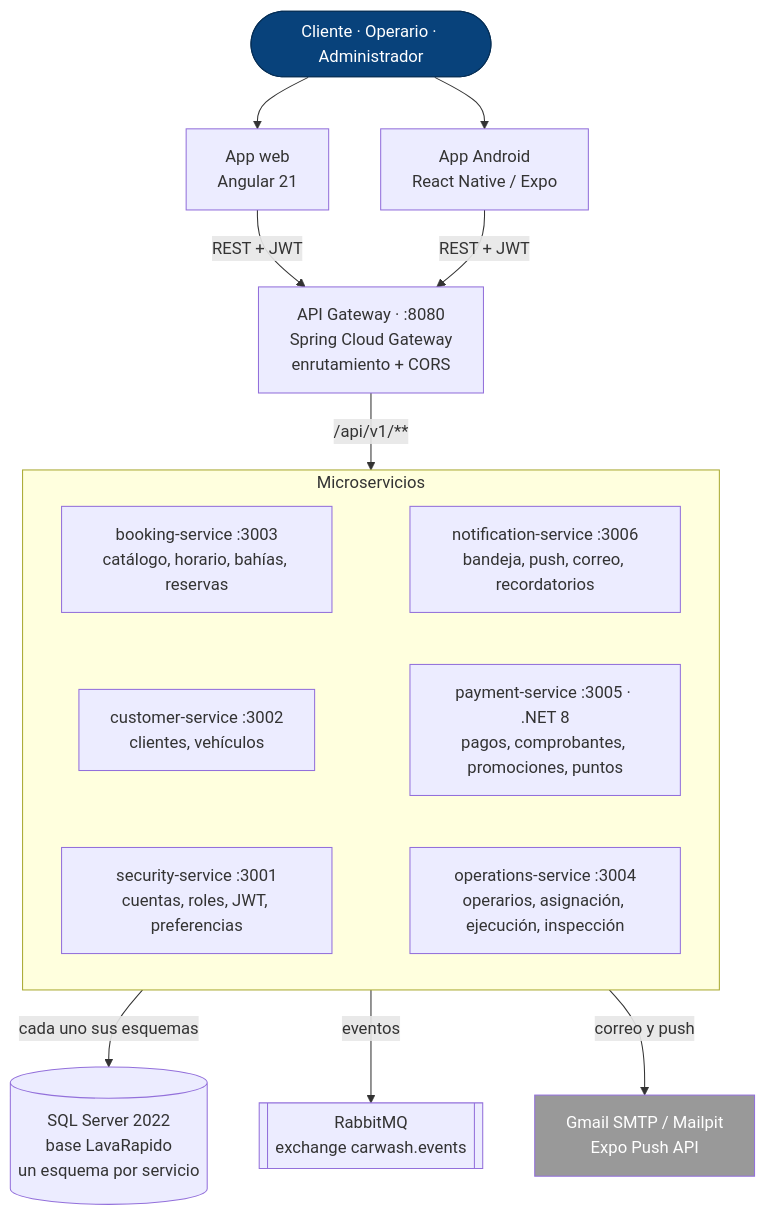
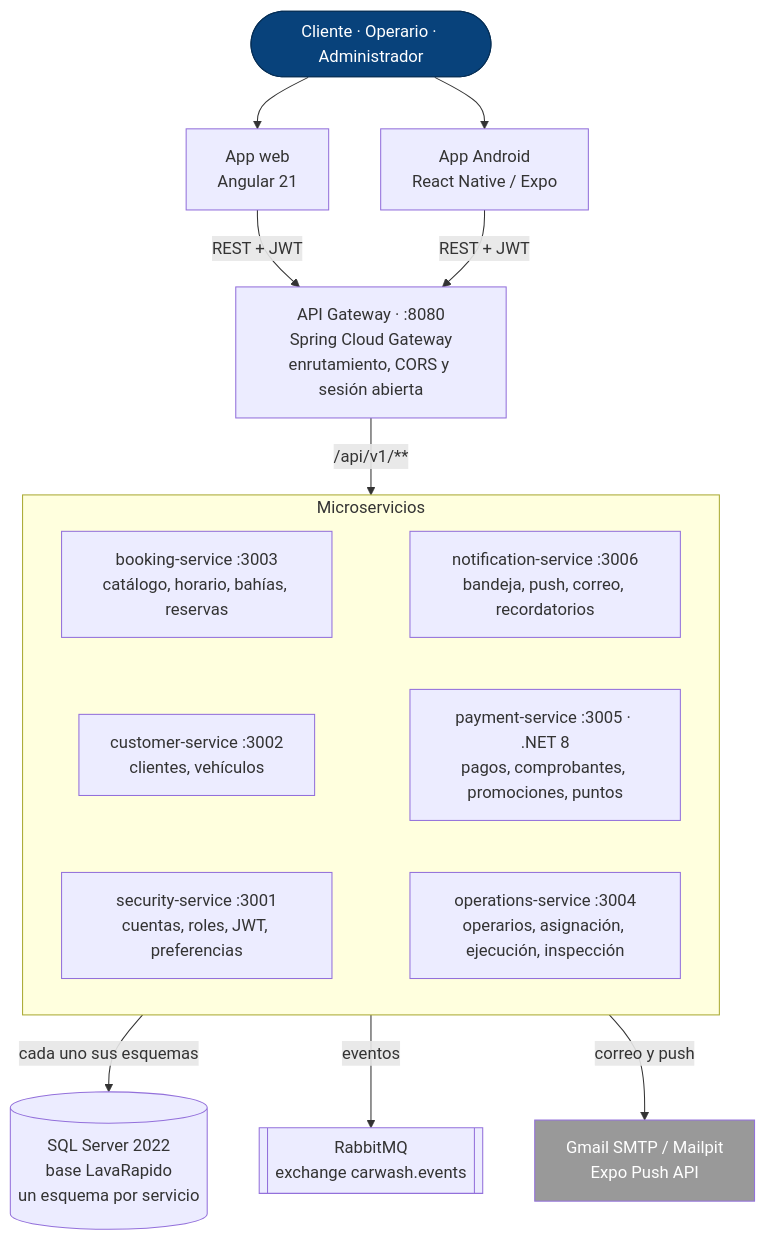
One commit to BrayanCABRERA123/lavarapido-docs changed the first of 2 diagrams in 09_MANUALES/ES/MD/manual-tecnico.md. Above: the diagram before and after it, drawn with Mermaid. The commit also changed other lines of this file, not shown here.

````diff
--- a/09_MANUALES/ES/MD/manual-tecnico.md
+++ b/09_MANUALES/ES/MD/manual-tecnico.md
@@ -182,36 +183,36 @@
 ```mermaid
 flowchart TB
     people(["Cliente · Operario · Administrador"]):::person
     web["App web<br/>Angular 21"]
     mobile["App Android<br/>React Native / Expo"]
-    gateway["API Gateway · :8080<br/>Spring Cloud Gateway<br/>enrutamiento + CORS"]
+    gateway["API Gateway · :8080<br/>Spring Cloud Gateway<br/>enrutamiento, CORS y sesión abierta"]
 
     subgraph services["Microservicios"]
         direction LR
         security["security-service :3001<br/>cuentas, roles, JWT, preferencias"]
         customer["customer-service :3002<br/>clientes, vehículos"]
         booking["booking-service :3003<br/>catálogo, horario, bahías, reservas"]
         operations["operations-service :3004<br/>operarios, asignación, ejecución, inspección"]
         payment["payment-service :3005 · .NET 8<br/>pagos, comprobantes, promociones, puntos"]
         notification["notification-service :3006<br/>bandeja, push, correo, recordatorios"]
         booking ~~~ notification
         customer ~~~ payment
         security ~~~ operations
     end
 
     sql[("SQL Server 2022<br/>base LavaRapido<br/>un esquema por servicio")]
     rabbit[["RabbitMQ<br/>exchange carwash.events"]]
     ext["Gmail SMTP / Mailpit<br/>Expo Push API"]:::ext
 
     people --> web
     people --> mobile
     web -- "REST + JWT" --> gateway
     mobile -- "REST + JWT" --> gateway
     gateway -- "/api/v1/**" --> services
     services -- "cada uno sus esquemas" --> sql
     services -- "eventos" --> rabbit
     services -- "correo y push" --> ext
 
     classDef person fill:#08427b,color:#fff,stroke:#052e56
     classDef ext fill:#999,color:#fff
 ```
````
